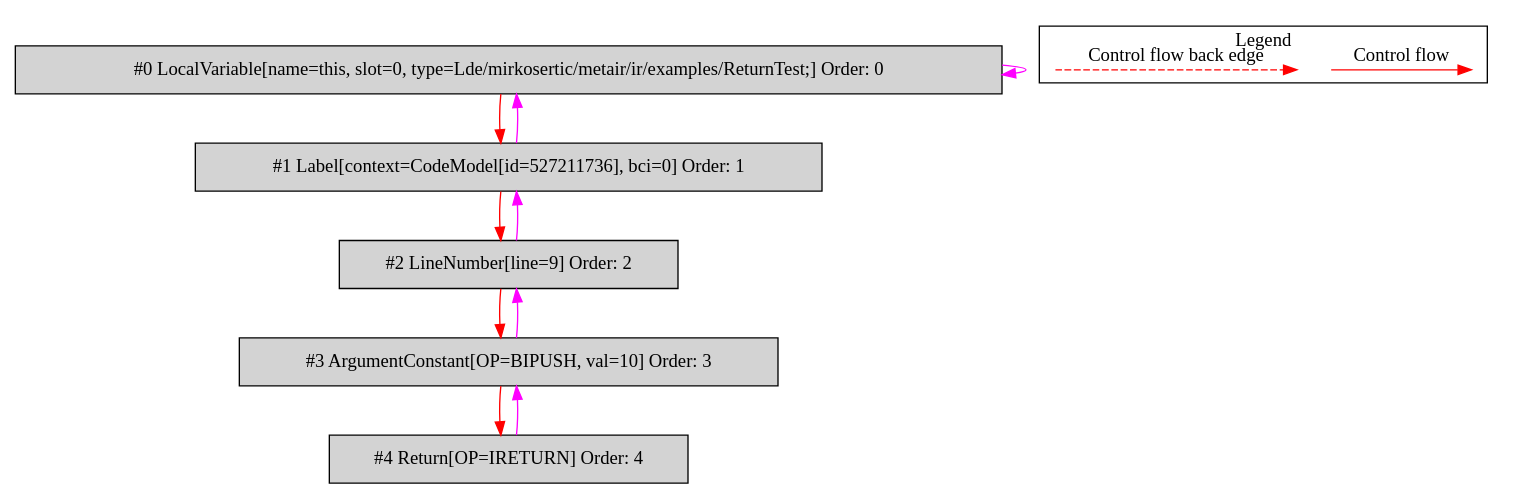
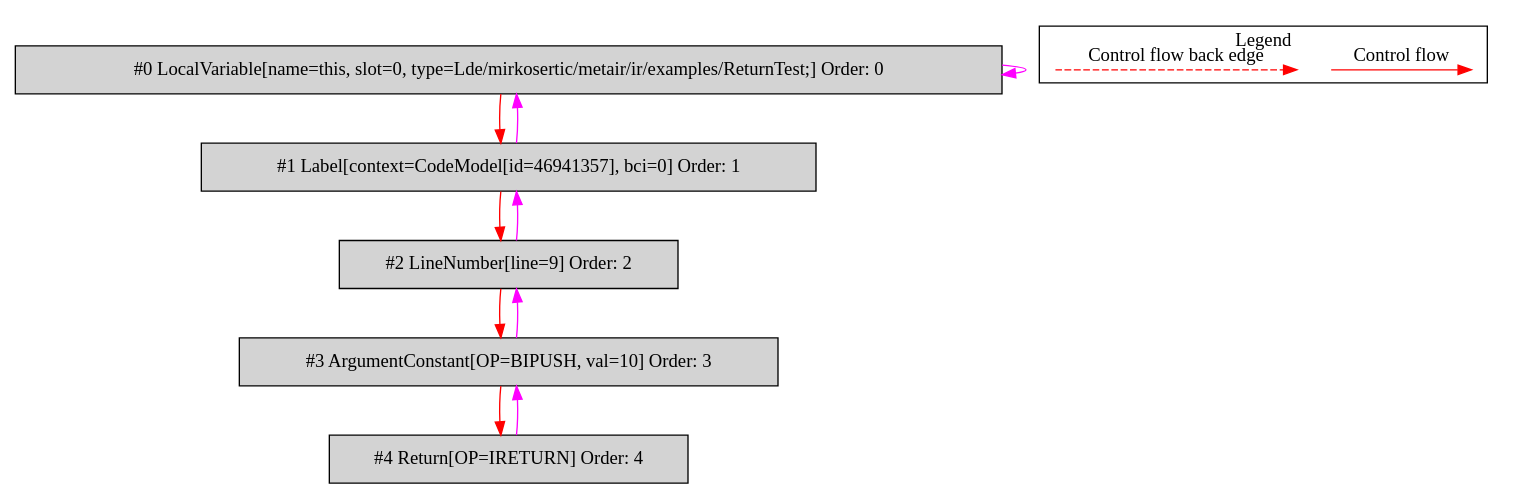
One commit to mirkosertic/MetaIR changed the diagram in de.mirkosertic.metair.ir.examples.ReturnTest/returnByte/bytecodecfg.dot. Above: the diagram before and after it, drawn with Graphviz. The commit also changed 1265 other files, not shown here.

```diff
--- a/de.mirkosertic.metair.ir.examples.ReturnTest/returnByte/bytecodecfg.dot
+++ b/de.mirkosertic.metair.ir.examples.ReturnTest/returnByte/bytecodecfg.dot
@@ -1,31 +1,31 @@
 digraph {
  ordering="in";
  node0[label="#0 LocalVariable[name=this, slot=0, type=Lde/mirkosertic/metair/ir/examples/ReturnTest;] Order: 0", shape=box, fillcolor=lightgrey, style=filled];
- node1[label="#1 Label[context=CodeModel[id=527211736], bci=0] Order: 1", shape=box, fillcolor=lightgrey, style=filled];
+ node1[label="#1 Label[context=CodeModel[id=46941357], bci=0] Order: 1", shape=box, fillcolor=lightgrey, style=filled];
  node2[label="#2 LineNumber[line=9] Order: 2", shape=box, fillcolor=lightgrey, style=filled];
  node3[label="#3 ArgumentConstant[OP=BIPUSH, val=10] Order: 3", shape=box, fillcolor=lightgrey, style=filled];
  node4[label="#4 Return[OP=IRETURN] Order: 4", shape=box, fillcolor=lightgrey, style=filled];
  node0 -> node0[color=fuchsia];
  node0 -> node1[color=red];
  node1 -> node0[color=fuchsia];
  node1 -> node2[color=red];
  node2 -> node1[color=fuchsia];
  node2 -> node3[color=red];
  node3 -> node2[color=fuchsia];
  node3 -> node4[color=red];
  node4 -> node3[color=fuchsia];
  subgraph cluster_000 {
   label = "Legend";
   node [shape=point]
   {
    rank=same;
    c0 [style = invis];
    c1 [style = invis];
    c2 [style = invis];
    c3 [style = invis];
   }
   c0 -> c1 [label="Control flow", style=solid, color=red]
   c2 -> c3 [label="Control flow back edge", style=dashed, color=red]
  }
 
 }
```
